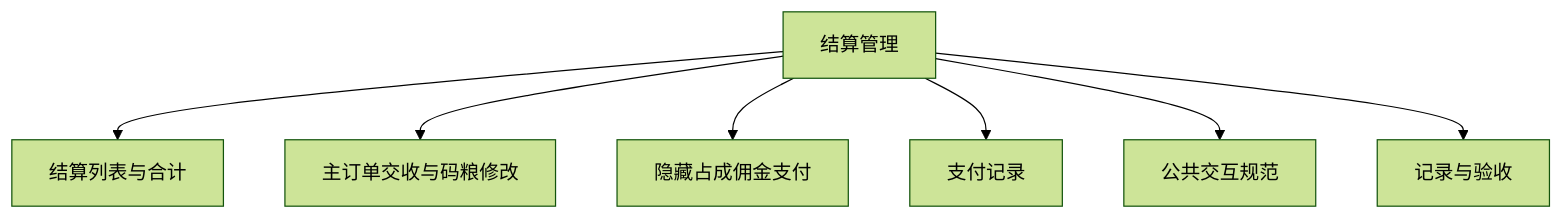
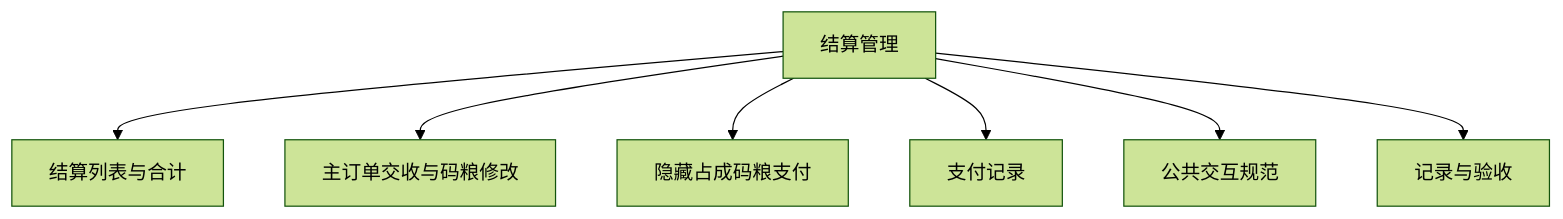
One commit to bala-luoluo/cashier-prototype changed the fifth of 5 diagrams in docs/菜单PRD_20261109/PRD_结算管理_20261109.md. Above: the diagram before and after it, drawn with Mermaid (forest theme). The commit also changed other lines of this file and 19 other files, not shown here.

````diff
--- a/docs/菜单PRD_20261109/PRD_结算管理_20261109.md
+++ b/docs/菜单PRD_20261109/PRD_结算管理_20261109.md
@@ -176,10 +176,10 @@
 ```mermaid
 flowchart TD
   M[结算管理]
   M --> P1[结算列表与合计]
   M --> P2[主订单交收与码粮修改]
-  M --> P3[隐藏占成佣金支付]
+  M --> P3[隐藏占成码粮支付]
   M --> P4[支付记录]
   M --> U[公共交互规范]
   M --> R[记录与验收]
 ```
````
